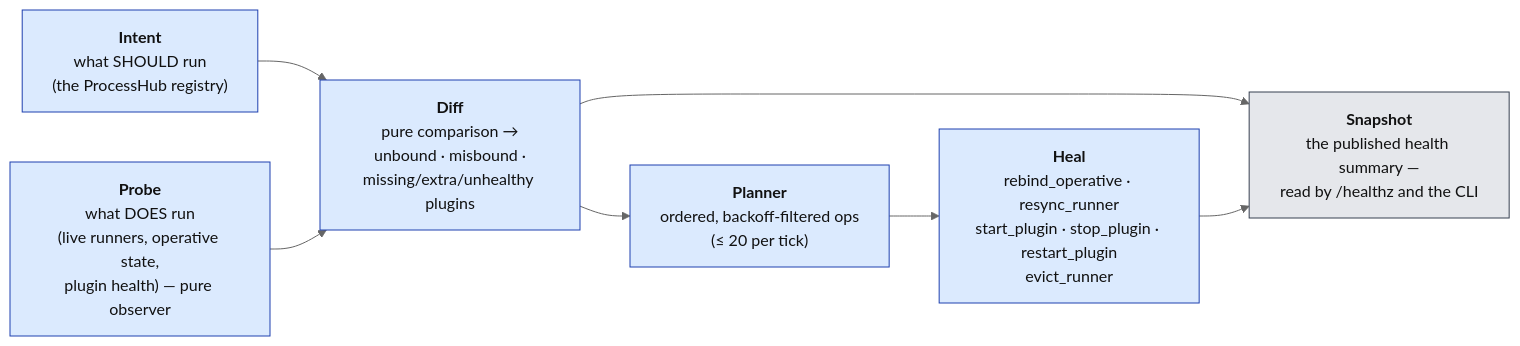
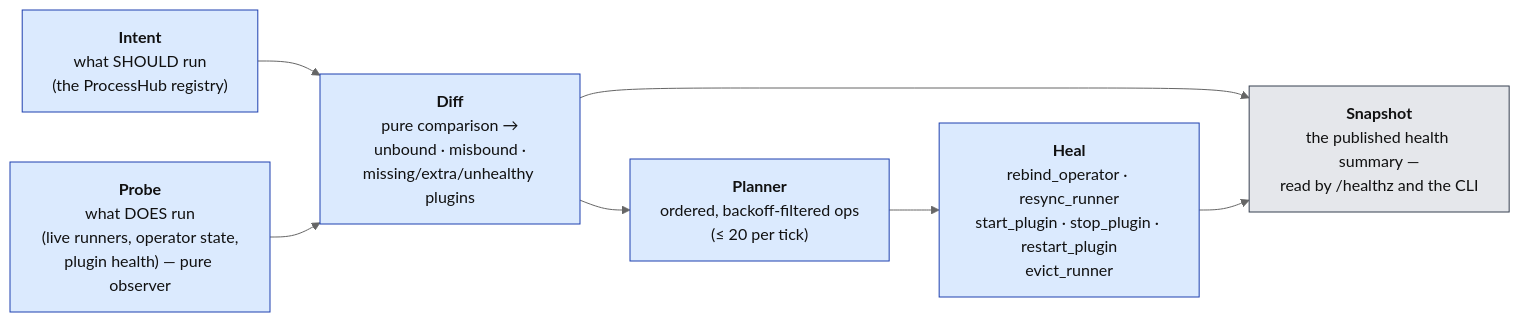
Before and after one commit to Flezha/flezha: diagram 15 of 17 in docs/architecture/kernel.md, drawn with Mermaid (neutral theme). The commit also changed other lines of this file and 929 other files, not shown here.

First line of the commit message:
Rename Operative to Operator, and its kinds to unbounded and bounded

````diff
--- a/docs/architecture/kernel.md
+++ b/docs/architecture/kernel.md
@@ -737,18 +737,18 @@
 ```mermaid
 flowchart LR
     I["<b>Intent</b><br/>what SHOULD run<br/>(the ProcessHub registry)"]:::ctrl
-    P["<b>Probe</b><br/>what DOES run<br/>(live runners, operative state,<br/>plugin health) — pure observer"]:::ctrl
+    P["<b>Probe</b><br/>what DOES run<br/>(live runners, operator state,<br/>plugin health) — pure observer"]:::ctrl
     D["<b>Diff</b><br/>pure comparison →<br/>unbound · misbound ·<br/>missing/extra/unhealthy plugins"]:::ctrl
     PL["<b>Planner</b><br/>ordered, backoff-filtered ops<br/>(≤ 20 per tick)"]:::ctrl
-    H["<b>Heal</b><br/>rebind_operative · resync_runner<br/>start_plugin · stop_plugin · restart_plugin<br/>evict_runner"]:::ctrl
+    H["<b>Heal</b><br/>rebind_operator · resync_runner<br/>start_plugin · stop_plugin · restart_plugin<br/>evict_runner"]:::ctrl
     S["<b>Snapshot</b><br/>the published health summary —<br/>read by /healthz and the CLI"]:::store
 
     I --> D
     P --> D
     D --> PL --> H
     D --> S
     H --> S
 
     classDef ctrl fill:#dbeafe,stroke:#1e40af,color:#111
     classDef store fill:#e5e7eb,stroke:#374151,color:#111
 ```
````
